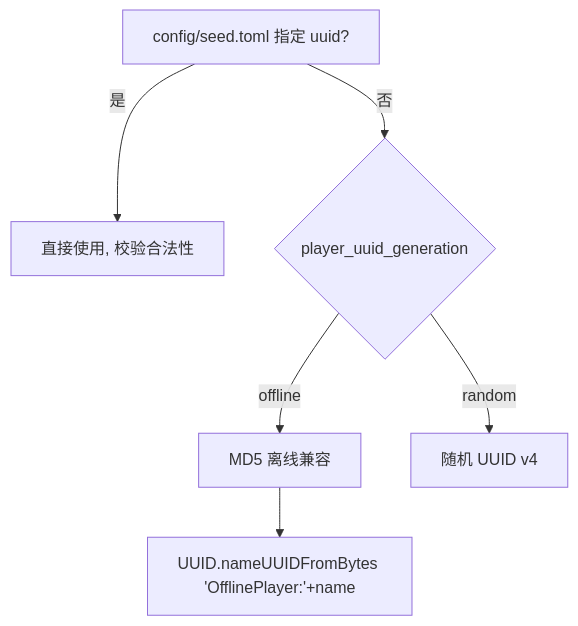
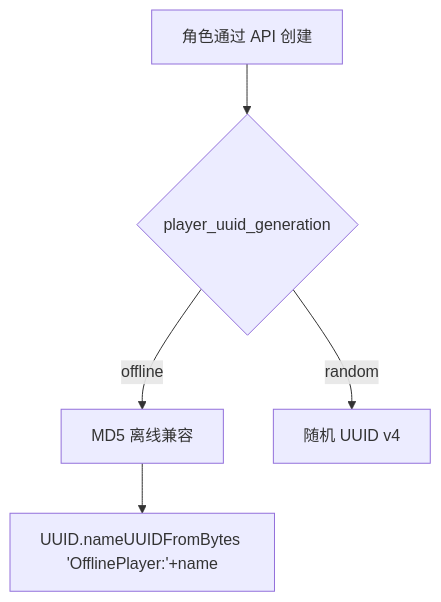
The second of 7 diagrams in docs/architecture.md (RhNu/yggr), drawn with Mermaid before and after one commit. The commit also changed other lines of this file and 11 other files, not shown here.

````diff
--- a/docs/architecture.md
+++ b/docs/architecture.md
@@ -125,8 +125,7 @@
 ```mermaid
 flowchart TD
-    A[config/seed.toml 指定 uuid?] -->|是| B[直接使用, 校验合法性]
-    A -->|否| C{player_uuid_generation}
-    C -->|offline| D[MD5 离线兼容]
-    C -->|random| E[随机 UUID v4]
+    A[角色通过 API 创建] --> B{player_uuid_generation}
+    B -->|offline| D[MD5 离线兼容]
+    B -->|random| E[随机 UUID v4]
     D --> F[UUID.nameUUIDFromBytes 'OfflinePlayer:'+name]
 ```
````
